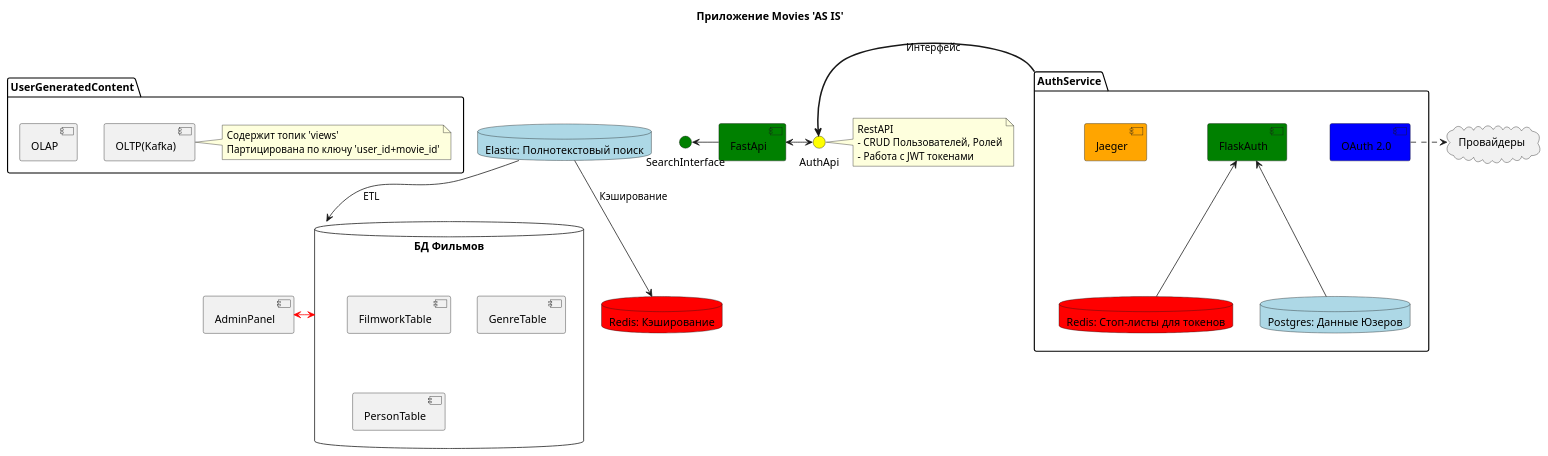
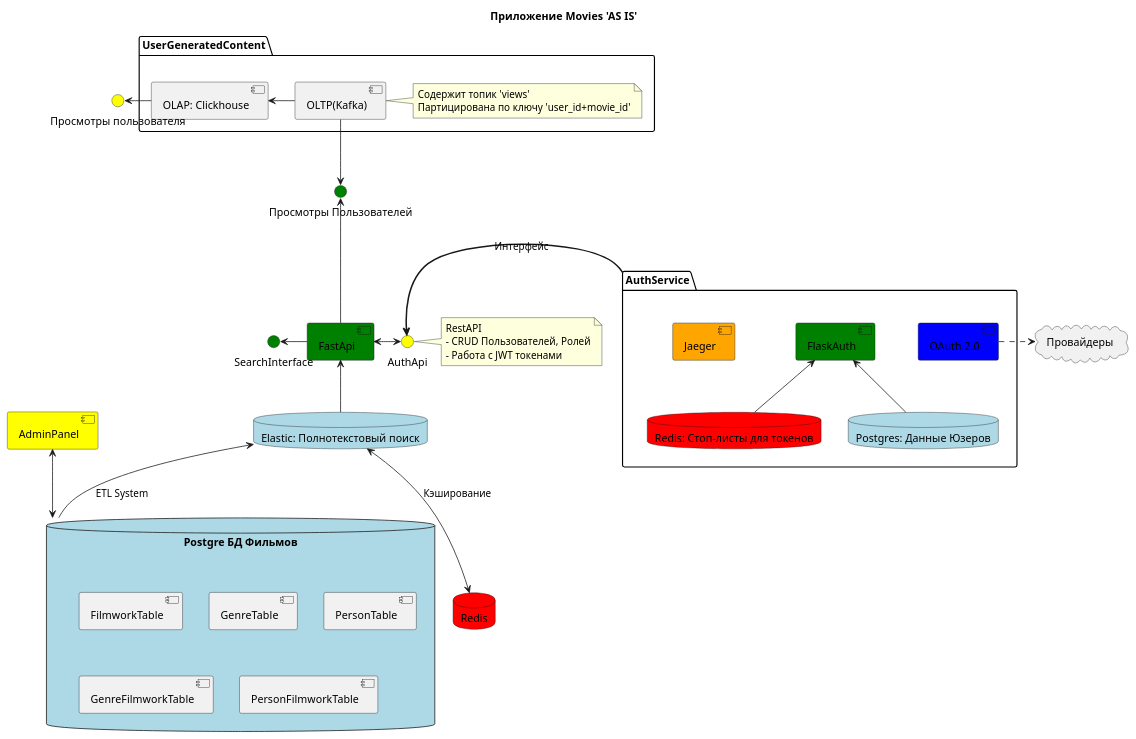
One commit to IAmIrina/ugc changed the diagram in uml/tobe.plantuml. Above: the diagram before and after it, drawn with PlantUML.

Commit message:
add ugc component

```diff
--- a/uml/tobe.plantuml
+++ b/uml/tobe.plantuml
@@ -1,66 +1,81 @@
 @startuml
 skinparam componentStyle uml2
 
 title Приложение Movies 'AS IS'
 
+component AdminPanel #Yellow
 
-component AdminPanel
-
-database "Elastic: Полнотекстовый поиск" as ElasticSearch #Lightblue
-database "Redis: Кэширование" as RedisSearchCashing #Red
-
-database "БД Фильмов" as PostgreMovies {
+' База Данных Фильмов
+database "Postgre БД Фильмов" as PostgreMovies #Lightblue {
 component FilmworkTable
 component GenreTable
 component PersonTable
+component GenreFilmworkTable
+component PersonFilmworkTable
 }
+
+database "Elastic: Полнотекстовый поиск" as ElasticSearch #Lightblue
+database "Redis" as RedisSearchCashing #Red
+
+
 
 ' Компоненты FastAPI
 component FastApi #Green
 interface SearchInterface #Green
+interface "Просмотры Пользователей" as ViewsInterface #Green
 
 ' Компоненты сервиса аутентификации
 package AuthService {
 database "Redis: Стоп-листы для токенов" as RedisTokens #Red
 database "Postgres: Данные Юзеров" as PostgreUsers #Lightblue
 component FlaskAuth #Green
 component Jaeger #Orange
 component "OAuth 2.0" as OAuth #Blue
 }
 
 ' Компоненты сервиса UGC
 package UserGeneratedContent {
 component "OLTP(Kafka)" as Kafka
 note right
 Содержит топик 'views'
 Партицирована по ключу 'user_id+movie_id'
 end note
-component OLAP
+component "OLAP: Clickhouse" as CH
 }
+
+interface "Просмотры пользователя" as GetViews #Yellow
 
 cloud "Провайдеры" as Providers
 
 interface AuthApi #Yellow
 
 
 ' Взаимодействия
-AdminPanel <-[#red]> PostgreMovies
+AdminPanel <--> PostgreMovies
 
-ElasticSearch -down-> PostgreMovies: ETL
-ElasticSearch --> RedisSearchCashing: Кэширование
+ElasticSearch <-- PostgreMovies: "ETL System" 
+ElasticSearch <--> RedisSearchCashing: Кэширование
+ElasticSearch -up-> FastApi
+
 SearchInterface <- FastApi
+ViewsInterface <-- FastApi
 
 ' Взаимодействия внутри AuthService
 AuthService -[thickness=2]> AuthApi: Интерфейс
 FastApi <-> AuthApi
 note right
 RestAPI
 - CRUD Пользователей, Ролей
 - Работа с JWT токенами
 end note
 FlaskAuth <-- PostgreUsers
 FlaskAuth <-- RedisTokens
 
 OAuth .> Providers
 
+' Взаимодействия UGC
+Kafka --> ViewsInterface
+Kafka -left-> CH
+CH -left-> GetViews
+
 @enduml
```
